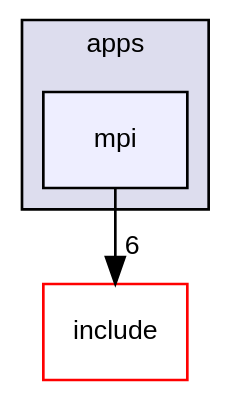
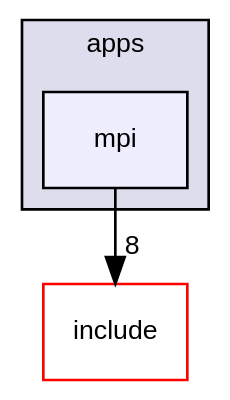
Before and after one commit to luca-heltai/fsi-suite: the diagram in dir_bed2a4a0c7c4050f61e346100395c310_dep.dot, drawn with Graphviz. The commit also changed 807 other files, not shown here.

```diff
--- a/dir_bed2a4a0c7c4050f61e346100395c310_dep.dot
+++ b/dir_bed2a4a0c7c4050f61e346100395c310_dep.dot
@@ -1,12 +1,12 @@
 digraph "apps/mpi" {
   bgcolor=transparent;
   compound=true
   node [ fontsize="10", fontname="Helvetica"];
   edge [ labelfontsize="10", labelfontname="Helvetica"];
   subgraph clusterdir_9654b8d08f4bba4e84b362c5fd320bee {
     graph [ bgcolor="#ddddee", pencolor="black", label="apps" fontname="Helvetica", fontsize="10", URL="dir_9654b8d08f4bba4e84b362c5fd320bee.html"]
   dir_bed2a4a0c7c4050f61e346100395c310 [shape=box, label="mpi", style="filled", fillcolor="#eeeeff", pencolor="black", URL="dir_bed2a4a0c7c4050f61e346100395c310.html"];
   }
   dir_d44c64559bbebec7f509842c48db8b23 [shape=box label="include" color="red" URL="dir_d44c64559bbebec7f509842c48db8b23.html"];
-  dir_bed2a4a0c7c4050f61e346100395c310->dir_d44c64559bbebec7f509842c48db8b23 [headlabel="6", labeldistance=1.5 headhref="dir_000011_000002.html"];
+  dir_bed2a4a0c7c4050f61e346100395c310->dir_d44c64559bbebec7f509842c48db8b23 [headlabel="8", labeldistance=1.5 headhref="dir_000011_000002.html"];
 }
```
